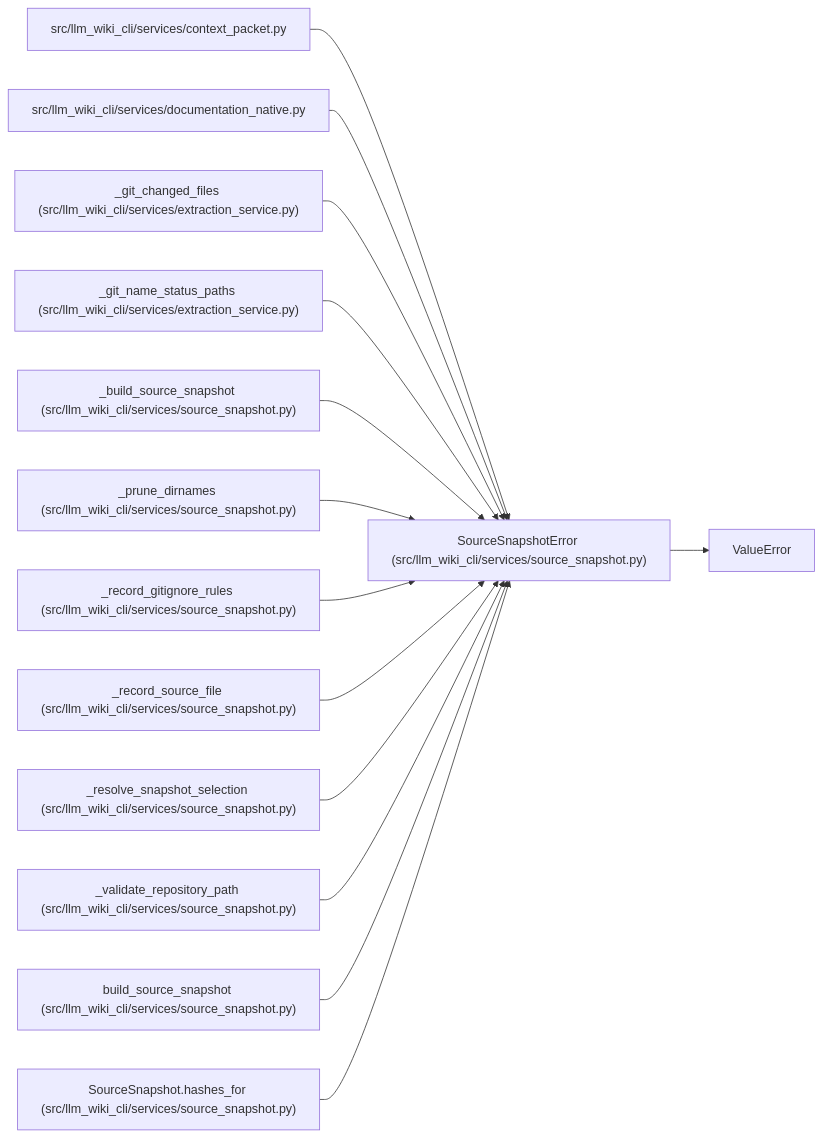
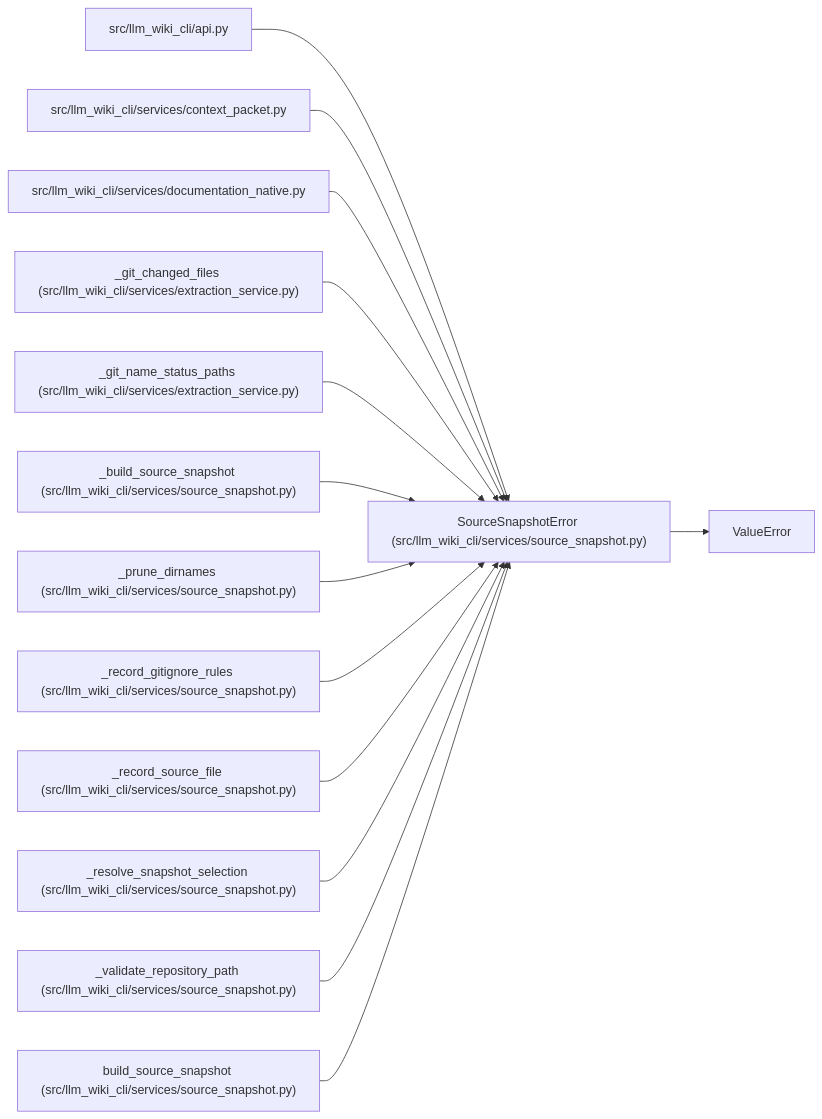
One commit to Denissvgn/python-wiki-llm changed the diagram in docs/llm_wiki/entities/SourceSnapshotError.md. Above: the diagram before and after it, drawn with Mermaid. The commit also changed other lines of this file and 398 other files, not shown here.

````diff
--- a/docs/llm_wiki/entities/SourceSnapshotError.md
+++ b/docs/llm_wiki/entities/SourceSnapshotError.md
@@ -25,43 +25,43 @@
 ```mermaid
 flowchart LR
     n0["SourceSnapshotError (src/llm_wiki_cli/services/source_snapshot.py)"]
     n1["ValueError"]
-    n2["src/llm_wiki_cli/services/context_packet.py"]
-    n3["src/llm_wiki_cli/services/documentation_native.py"]
-    n4["_git_changed_files (src/llm_wiki_cli/services/extraction_service.py)"]
-    n5["_git_name_status_paths (src/llm_wiki_cli/services/extraction_service.py)"]
-    n6["_build_source_snapshot (src/llm_wiki_cli/services/source_snapshot.py)"]
-    n7["_prune_dirnames (src/llm_wiki_cli/services/source_snapshot.py)"]
-    n8["_record_gitignore_rules (src/llm_wiki_cli/services/source_snapshot.py)"]
-    n9["_record_source_file (src/llm_wiki_cli/services/source_snapshot.py)"]
-    n10["_resolve_snapshot_selection (src/llm_wiki_cli/services/source_snapshot.py)"]
-    n11["_validate_repository_path (src/llm_wiki_cli/services/source_snapshot.py)"]
-    n12["build_source_snapshot (src/llm_wiki_cli/services/source_snapshot.py)"]
-    n13["SourceSnapshot.hashes_for (src/llm_wiki_cli/services/source_snapshot.py)"]
+    n2["src/llm_wiki_cli/api.py"]
+    n3["src/llm_wiki_cli/services/context_packet.py"]
+    n4["src/llm_wiki_cli/services/documentation_native.py"]
+    n5["_git_changed_files (src/llm_wiki_cli/services/extraction_service.py)"]
+    n6["_git_name_status_paths (src/llm_wiki_cli/services/extraction_service.py)"]
+    n7["_build_source_snapshot (src/llm_wiki_cli/services/source_snapshot.py)"]
+    n8["_prune_dirnames (src/llm_wiki_cli/services/source_snapshot.py)"]
+    n9["_record_gitignore_rules (src/llm_wiki_cli/services/source_snapshot.py)"]
+    n10["_record_source_file (src/llm_wiki_cli/services/source_snapshot.py)"]
+    n11["_resolve_snapshot_selection (src/llm_wiki_cli/services/source_snapshot.py)"]
+    n12["_validate_repository_path (src/llm_wiki_cli/services/source_snapshot.py)"]
+    n13["build_source_snapshot (src/llm_wiki_cli/services/source_snapshot.py)"]
     n0 --> n1
     n2 --> n0
     n3 --> n0
     n4 --> n0
     n5 --> n0
     n6 --> n0
     n7 --> n0
     n8 --> n0
     n9 --> n0
     n10 --> n0
     n11 --> n0
     n12 --> n0
     n13 --> n0
     click n0 "../modules/source_snapshot.md"
-    click n2 "../modules/context_packet.md"
-    click n3 "../modules/documentation_native.md"
-    click n4 "../modules/extraction_service.md"
+    click n2 "../modules/api.md"
+    click n3 "../modules/context_packet.md"
+    click n4 "../modules/documentation_native.md"
     click n5 "../modules/extraction_service.md"
-    click n6 "../modules/source_snapshot.md"
+    click n6 "../modules/extraction_service.md"
     click n7 "../modules/source_snapshot.md"
     click n8 "../modules/source_snapshot.md"
     click n9 "../modules/source_snapshot.md"
     click n10 "../modules/source_snapshot.md"
     click n11 "../modules/source_snapshot.md"
     click n12 "../modules/source_snapshot.md"
     click n13 "../modules/source_snapshot.md"
 ```
````
